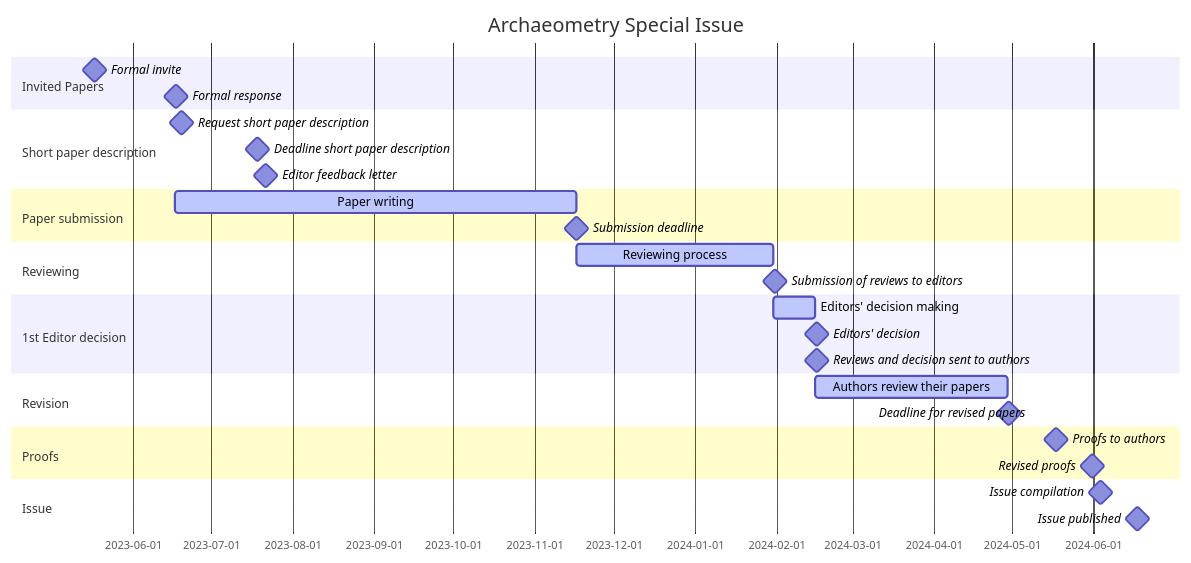
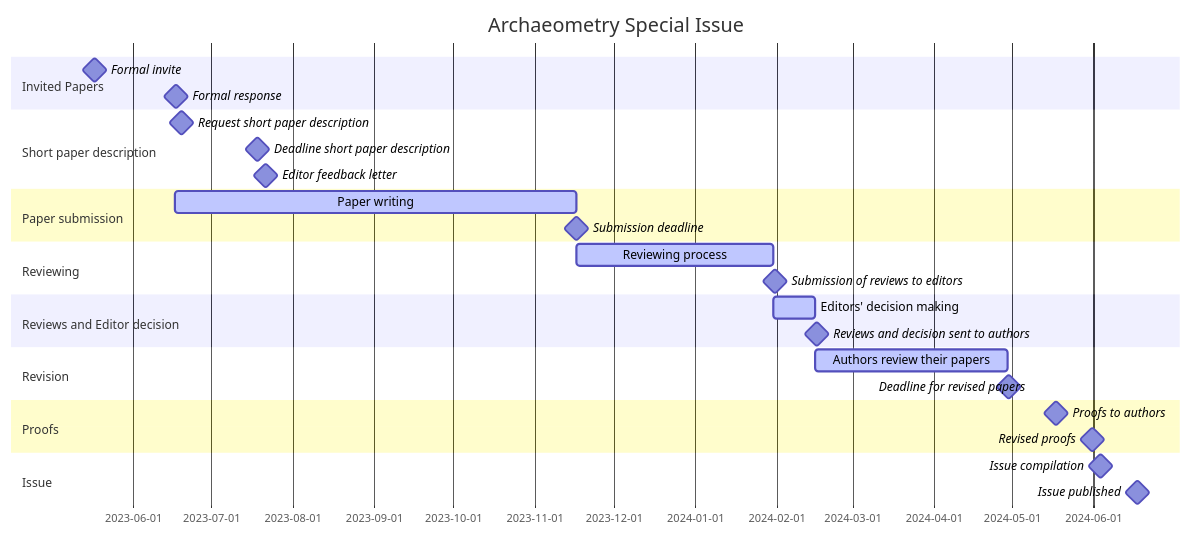
The diagram in README.md (historical-time/archaeometry-si), drawn with Mermaid before and after one commit.

````diff
--- a/README.md
+++ b/README.md
@@ -19,32 +19,31 @@
 ```mermaid
 gantt
     title Archaeometry Special Issue
     dateFormat  YYYY-MM-DD
     section Invited Papers
     Formal invite                    : milestone, m0, 2023-05-17, 1d
     Formal response                  : milestone, m0, 2023-06-17, 1d
     section Short paper description
     Request short paper description  : milestone, m0, 2023-06-19, 1d
     Deadline short paper description : milestone, m0, 2023-07-18, 1d
     Editor feedback letter           : milestone, m1, 2023-07-21, 1d
     section Paper submission
     Paper writing                    : active, a0, 2023-06-17, 2023-11-17
     Submission deadline              : milestone, m9, 2023-11-17, 1d %% Soft deadline
     %% Hard deadline                 : milestone, m9, 2023-11-30, 1d %% Hard deadline
     section Reviewing
     Reviewing process                  : active, a1, 2023-11-17, 2024-01-31
     Submission of reviews to editors   : milestone, m1, 2024-01-31, 1d
-    section 1st Editor decision
+    section Reviews and Editor decision
     Editors' decision making              : active, a1, 2024-01-31, 2024-02-16
-    Editors' decision                     : milestone, m2, 2024-02-16, 1d
-    Reviews and decision sent to authors: milestone, m2, 2024-02-16, 1d
+    Reviews and decision sent to authors  : milestone, m2, 2024-02-16, 1d
     section Revision
     Authors review their papers       : active, a1, 2024-02-16, 2024-04-29
     Deadline for revised papers       : milestone, m2, 2024-04-29, 1d
     section Proofs
     Proofs to authors                : milestone, m2, 2024-05-17, 1d
     Revised proofs                   : milestone, m2, 2024-05-31, 1d
     section Issue
     Issue compilation                : milestone, m2, 2024-06-03, 1d
     Issue published                  : milestone, m2, 2024-06-17, 1d
 ```
````
